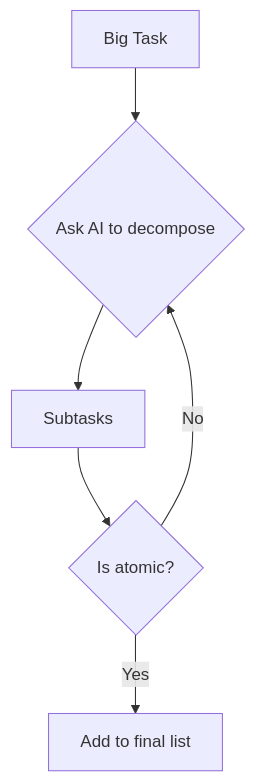
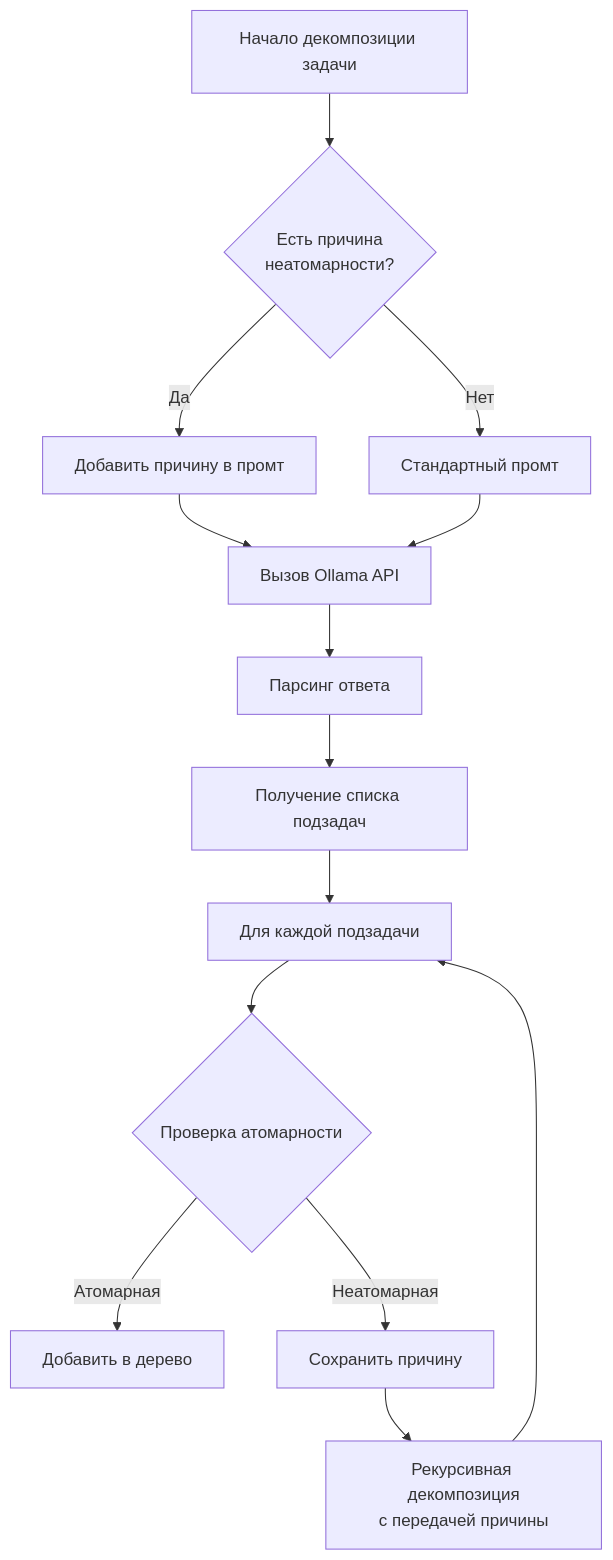
One commit to pwrmind/IntelliDecomposer changed the diagram in README.md. Above: the diagram before and after it, drawn with Mermaid.

Commit message:
readme upidate

````diff
--- a/README.md
+++ b/README.md
@@ -70,8 +70,15 @@
 ```mermaid
 graph TD
-    A[Big Task] --> B{Ask AI to decompose}
-    B --> C[Subtasks]
-    C --> D{Is atomic?}
-    D -->|Yes| E[Add to final list]
-    D -->|No| B
+    A[Начало декомпозиции задачи] --> B{Есть причина<br>неатомарности?}
+    B -->|Да| C[Добавить причину в промт]
+    B -->|Нет| D[Стандартный промт]
+    C & D --> E[Вызов Ollama API]
+    E --> F[Парсинг ответа]
+    F --> G[Получение списка подзадач]
+    G --> H[Для каждой подзадачи]
+    H --> I{Проверка атомарности}
+    I -->|Атомарная| J[Добавить в дерево]
+    I -->|Неатомарная| K[Сохранить причину]
+    K --> L[Рекурсивная декомпозиция<br>с передачей причины]
+    L --> H
 ```
````
